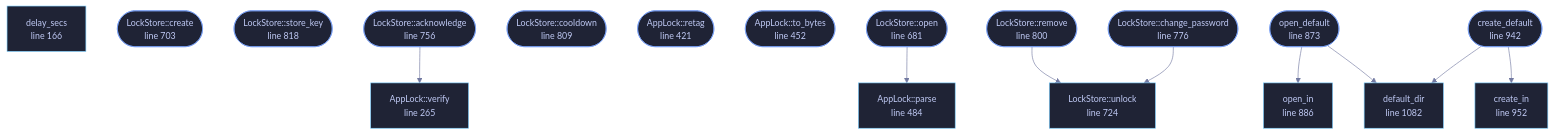
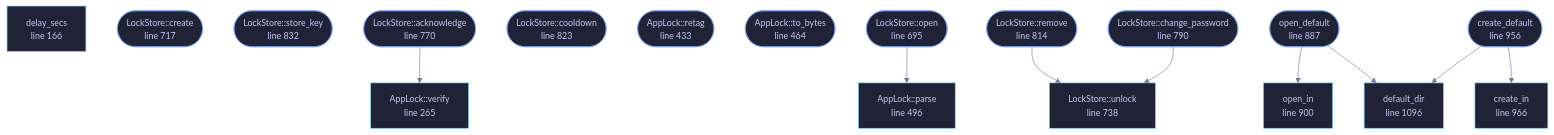
One commit to tilas01/veilvoice changed the diagram in docs/files/veilvoice-crypto/lock.md. Above: the diagram before and after it, drawn with Mermaid. The commit also changed other lines of this file and 528 other files, not shown here.

````diff
--- a/docs/files/veilvoice-crypto/lock.md
+++ b/docs/files/veilvoice-crypto/lock.md
@@ -207,60 +207,60 @@
 ```mermaid
 %%{init: {"theme":"base","themeVariables":{"background":"#1a1b26","primaryColor":"#1f2335","primaryTextColor":"#c0caf5","primaryBorderColor":"#7aa2f7","secondaryColor":"#16161e","tertiaryColor":"#16161e","lineColor":"#737aa2","textColor":"#c0caf5","mainBkg":"#1f2335","nodeBorder":"#7aa2f7","clusterBkg":"#16161e","clusterBorder":"#2f3549","fontFamily":"ui-monospace, SFMono-Regular, Consolas, monospace","fontSize":"14px"}}}%%
 flowchart TD
     n_delay_secs["delay_secs<br/>line 166"]
     n_create(["AppLock::create<br/>line 223"])
     n_store_key(["AppLock::store_key<br/>line 255"])
     n_verify["AppLock::verify<br/>line 265"]
-    n_acknowledge(["AppLock::acknowledge<br/>line 327"])
-    n_cooldown(["AppLock::cooldown<br/>line 361"])
-    n_retag(["AppLock::retag<br/>line 421"])
-    n_to_bytes(["AppLock::to_bytes<br/>line 452"])
-    n_parse["AppLock::parse<br/>line 484"]
-    n_open(["LockStore::open<br/>line 681"])
-    n_create(["LockStore::create<br/>line 703"])
-    n_unlock["LockStore::unlock<br/>line 724"]
-    n_acknowledge(["LockStore::acknowledge<br/>line 756"])
-    n_change_password(["LockStore::change_password<br/>line 776"])
-    n_remove(["LockStore::remove<br/>line 800"])
-    n_cooldown(["LockStore::cooldown<br/>line 809"])
-    n_store_key(["LockStore::store_key<br/>line 818"])
-    n_open_default(["open_default<br/>line 873"])
-    n_open_in["open_in<br/>line 886"]
-    n_create_default(["create_default<br/>line 942"])
-    n_create_in["create_in<br/>line 952"]
-    n_default_dir["default_dir<br/>line 1082"]
+    n_acknowledge(["AppLock::acknowledge<br/>line 332"])
+    n_cooldown(["AppLock::cooldown<br/>line 370"])
+    n_retag(["AppLock::retag<br/>line 433"])
+    n_to_bytes(["AppLock::to_bytes<br/>line 464"])
+    n_parse["AppLock::parse<br/>line 496"]
+    n_open(["LockStore::open<br/>line 695"])
+    n_create(["LockStore::create<br/>line 717"])
+    n_unlock["LockStore::unlock<br/>line 738"]
+    n_acknowledge(["LockStore::acknowledge<br/>line 770"])
+    n_change_password(["LockStore::change_password<br/>line 790"])
+    n_remove(["LockStore::remove<br/>line 814"])
+    n_cooldown(["LockStore::cooldown<br/>line 823"])
+    n_store_key(["LockStore::store_key<br/>line 832"])
+    n_open_default(["open_default<br/>line 887"])
+    n_open_in["open_in<br/>line 900"]
+    n_create_default(["create_default<br/>line 956"])
+    n_create_in["create_in<br/>line 966"]
+    n_default_dir["default_dir<br/>line 1096"]
     n_acknowledge --> n_verify
     n_change_password --> n_unlock
     n_create_default --> n_create_in
     n_create_default --> n_default_dir
     n_open --> n_parse
     n_open_default --> n_default_dir
     n_open_default --> n_open_in
     n_remove --> n_unlock
     click n_delay_secs href "https://github.com/tilas01/veilvoice/blob/main/crates/veilvoice-crypto/src/lock.rs#L166" "open the source"
     click n_create href "https://github.com/tilas01/veilvoice/blob/main/crates/veilvoice-crypto/src/lock.rs#L223" "open the source"
     click n_store_key href "https://github.com/tilas01/veilvoice/blob/main/crates/veilvoice-crypto/src/lock.rs#L255" "open the source"
     click n_verify href "https://github.com/tilas01/veilvoice/blob/main/crates/veilvoice-crypto/src/lock.rs#L265" "open the source"
-    click n_acknowledge href "https://github.com/tilas01/veilvoice/blob/main/crates/veilvoice-crypto/src/lock.rs#L327" "open the source"
-    click n_cooldown href "https://github.com/tilas01/veilvoice/blob/main/crates/veilvoice-crypto/src/lock.rs#L361" "open the source"
-    click n_retag href "https://github.com/tilas01/veilvoice/blob/main/crates/veilvoice-crypto/src/lock.rs#L421" "open the source"
-    click n_to_bytes href "https://github.com/tilas01/veilvoice/blob/main/crates/veilvoice-crypto/src/lock.rs#L452" "open the source"
-    click n_parse href "https://github.com/tilas01/veilvoice/blob/main/crates/veilvoice-crypto/src/lock.rs#L484" "open the source"
-    click n_open href "https://github.com/tilas01/veilvoice/blob/main/crates/veilvoice-crypto/src/lock.rs#L681" "open the source"
-    click n_create href "https://github.com/tilas01/veilvoice/blob/main/crates/veilvoice-crypto/src/lock.rs#L703" "open the source"
-    click n_unlock href "https://github.com/tilas01/veilvoice/blob/main/crates/veilvoice-crypto/src/lock.rs#L724" "open the source"
-    click n_acknowledge href "https://github.com/tilas01/veilvoice/blob/main/crates/veilvoice-crypto/src/lock.rs#L756" "open the source"
-    click n_change_password href "https://github.com/tilas01/veilvoice/blob/main/crates/veilvoice-crypto/src/lock.rs#L776" "open the source"
-    click n_remove href "https://github.com/tilas01/veilvoice/blob/main/crates/veilvoice-crypto/src/lock.rs#L800" "open the source"
-    click n_cooldown href "https://github.com/tilas01/veilvoice/blob/main/crates/veilvoice-crypto/src/lock.rs#L809" "open the source"
-    click n_store_key href "https://github.com/tilas01/veilvoice/blob/main/crates/veilvoice-crypto/src/lock.rs#L818" "open the source"
-    click n_open_default href "https://github.com/tilas01/veilvoice/blob/main/crates/veilvoice-crypto/src/lock.rs#L873" "open the source"
-    click n_open_in href "https://github.com/tilas01/veilvoice/blob/main/crates/veilvoice-crypto/src/lock.rs#L886" "open the source"
-    click n_create_default href "https://github.com/tilas01/veilvoice/blob/main/crates/veilvoice-crypto/src/lock.rs#L942" "open the source"
-    click n_create_in href "https://github.com/tilas01/veilvoice/blob/main/crates/veilvoice-crypto/src/lock.rs#L952" "open the source"
-    click n_default_dir href "https://github.com/tilas01/veilvoice/blob/main/crates/veilvoice-crypto/src/lock.rs#L1082" "open the source"
+    click n_acknowledge href "https://github.com/tilas01/veilvoice/blob/main/crates/veilvoice-crypto/src/lock.rs#L332" "open the source"
+    click n_cooldown href "https://github.com/tilas01/veilvoice/blob/main/crates/veilvoice-crypto/src/lock.rs#L370" "open the source"
+    click n_retag href "https://github.com/tilas01/veilvoice/blob/main/crates/veilvoice-crypto/src/lock.rs#L433" "open the source"
+    click n_to_bytes href "https://github.com/tilas01/veilvoice/blob/main/crates/veilvoice-crypto/src/lock.rs#L464" "open the source"
+    click n_parse href "https://github.com/tilas01/veilvoice/blob/main/crates/veilvoice-crypto/src/lock.rs#L496" "open the source"
+    click n_open href "https://github.com/tilas01/veilvoice/blob/main/crates/veilvoice-crypto/src/lock.rs#L695" "open the source"
+    click n_create href "https://github.com/tilas01/veilvoice/blob/main/crates/veilvoice-crypto/src/lock.rs#L717" "open the source"
+    click n_unlock href "https://github.com/tilas01/veilvoice/blob/main/crates/veilvoice-crypto/src/lock.rs#L738" "open the source"
+    click n_acknowledge href "https://github.com/tilas01/veilvoice/blob/main/crates/veilvoice-crypto/src/lock.rs#L770" "open the source"
+    click n_change_password href "https://github.com/tilas01/veilvoice/blob/main/crates/veilvoice-crypto/src/lock.rs#L790" "open the source"
+    click n_remove href "https://github.com/tilas01/veilvoice/blob/main/crates/veilvoice-crypto/src/lock.rs#L814" "open the source"
+    click n_cooldown href "https://github.com/tilas01/veilvoice/blob/main/crates/veilvoice-crypto/src/lock.rs#L823" "open the source"
+    click n_store_key href "https://github.com/tilas01/veilvoice/blob/main/crates/veilvoice-crypto/src/lock.rs#L832" "open the source"
+    click n_open_default href "https://github.com/tilas01/veilvoice/blob/main/crates/veilvoice-crypto/src/lock.rs#L887" "open the source"
+    click n_open_in href "https://github.com/tilas01/veilvoice/blob/main/crates/veilvoice-crypto/src/lock.rs#L900" "open the source"
+    click n_create_default href "https://github.com/tilas01/veilvoice/blob/main/crates/veilvoice-crypto/src/lock.rs#L956" "open the source"
+    click n_create_in href "https://github.com/tilas01/veilvoice/blob/main/crates/veilvoice-crypto/src/lock.rs#L966" "open the source"
+    click n_default_dir href "https://github.com/tilas01/veilvoice/blob/main/crates/veilvoice-crypto/src/lock.rs#L1096" "open the source"
     classDef entry fill:#1f2335,stroke:#7aa2f7,color:#c0caf5
     class n_create,n_store_key,n_acknowledge,n_cooldown,n_retag,n_to_bytes,n_open,n_create,n_acknowledge,n_change_password,n_remove,n_cooldown,n_store_key,n_open_default,n_create_default entry
     classDef api fill:#1f2335,stroke:#7dcfff,color:#c0caf5
     class n_delay_secs,n_verify,n_parse,n_unlock,n_open_in,n_create_in,n_default_dir api
 ```
````
